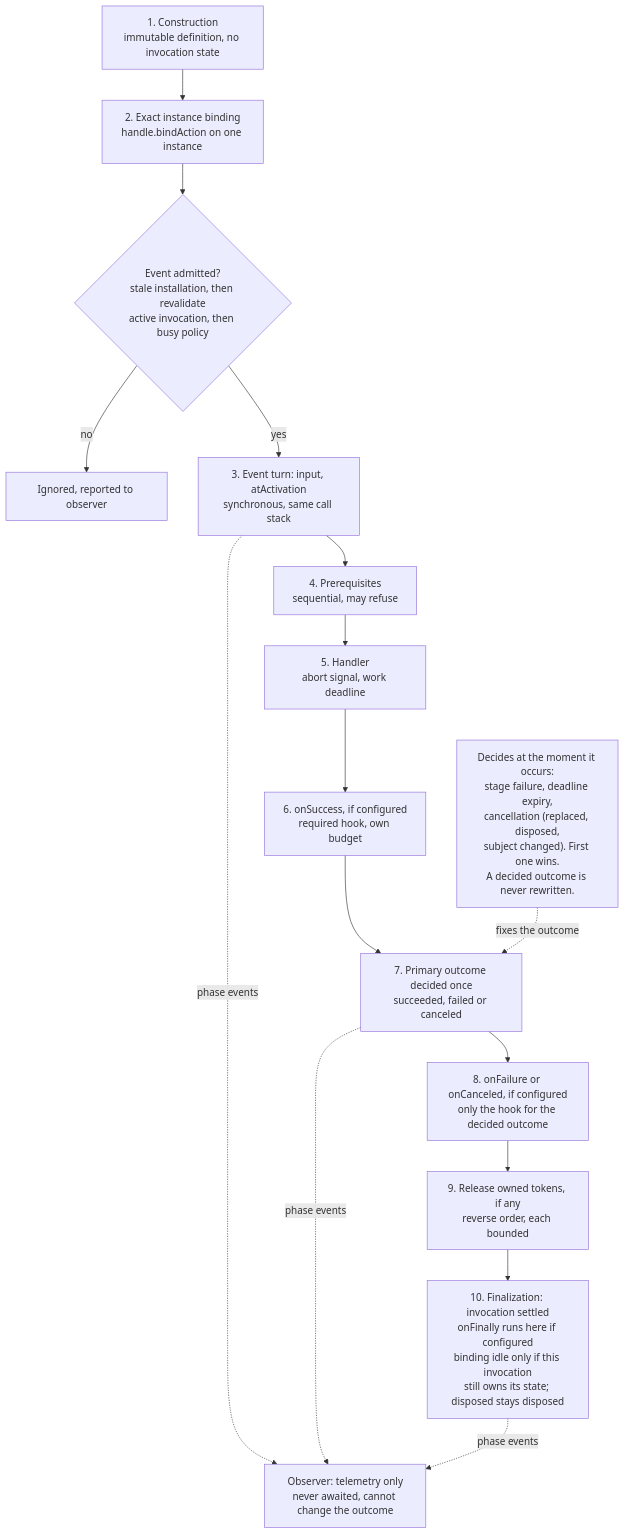
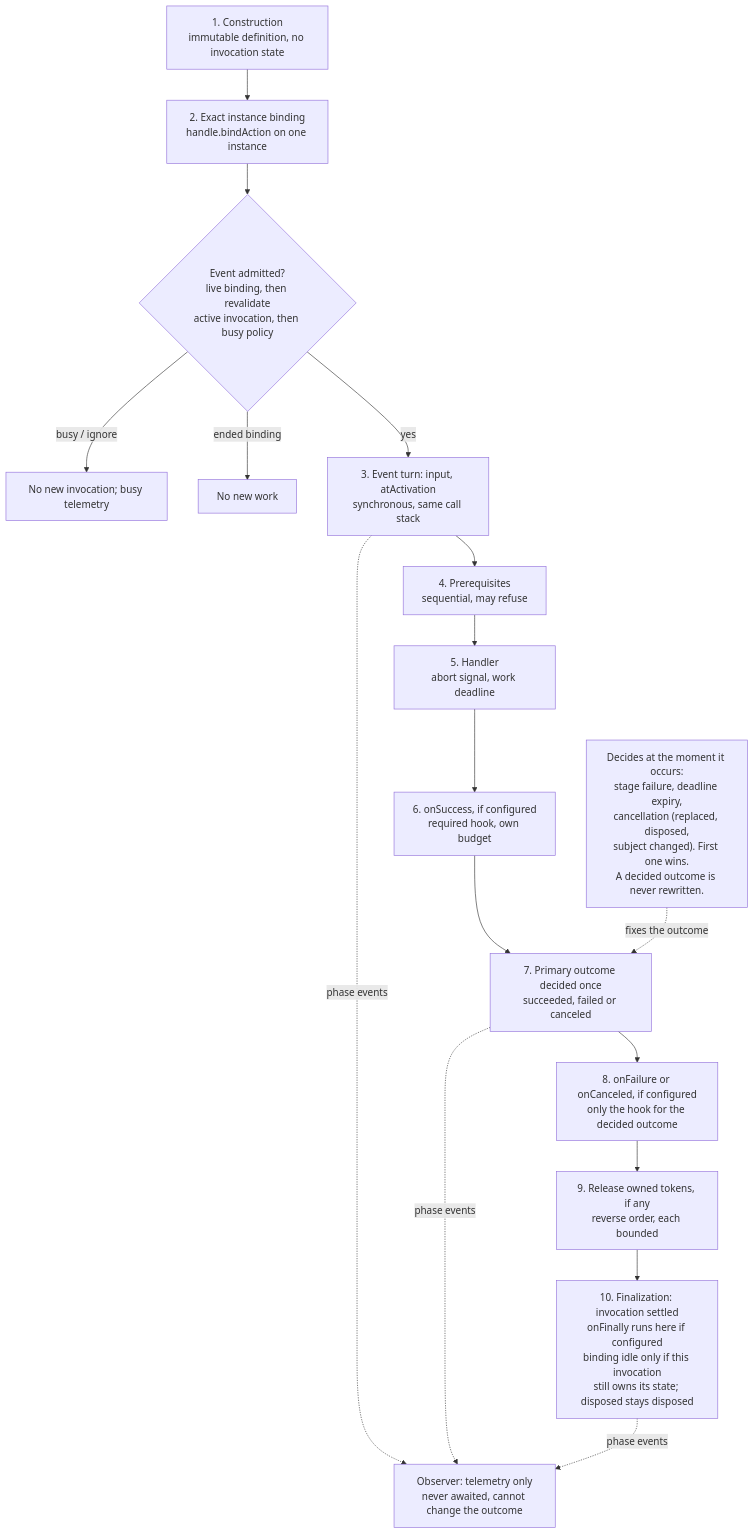
One commit to MachineWisdomAI/saga-a2ui changed the diagram in diagrams/action-binding.mmd. Above: the diagram before and after it, drawn with Mermaid. The commit also changed 27 other files, not shown here.

```diff
--- a/diagrams/action-binding.mmd
+++ b/diagrams/action-binding.mmd
@@ -1,17 +1,18 @@
 graph TD
   A["1. Construction<br/>immutable definition, no invocation state"] --> B["2. Exact instance binding<br/>handle.bindAction on one instance"]
-  B --> C{"Event admitted?<br/>stale installation, then revalidate<br/>active invocation, then busy policy"}
-  C -- "no" --> Z["Ignored, reported to observer"]
+  B --> C{"Event admitted?<br/>live binding, then revalidate<br/>active invocation, then busy policy"}
+  C -- "busy / ignore" --> Z["No new invocation; busy telemetry"]
+  C -- "ended binding" --> X["No new work"]
   C -- "yes" --> D["3. Event turn: input, atActivation<br/>synchronous, same call stack"]
   D --> E["4. Prerequisites<br/>sequential, may refuse"]
   E --> F["5. Handler<br/>abort signal, work deadline"]
   F --> G["6. onSuccess, if configured<br/>required hook, own budget"]
   G --> H["7. Primary outcome decided once<br/>succeeded, failed or canceled"]
   S["Decides at the moment it occurs:<br/>stage failure, deadline expiry,<br/>cancellation (replaced, disposed,<br/>subject changed). First one wins.<br/>A decided outcome is never rewritten."] -. "fixes the outcome" .-> H
   H --> I["8. onFailure or onCanceled, if configured<br/>only the hook for the decided outcome"]
   I --> J["9. Release owned tokens, if any<br/>reverse order, each bounded"]
   J --> K["10. Finalization: invocation settled<br/>onFinally runs here if configured<br/>binding idle only if this invocation<br/>still owns its state; disposed stays disposed"]
   O["Observer: telemetry only<br/>never awaited, cannot change the outcome"]
   D -. "phase events" .-> O
   H -. "phase events" .-> O
   K -. "phase events" .-> O
```
